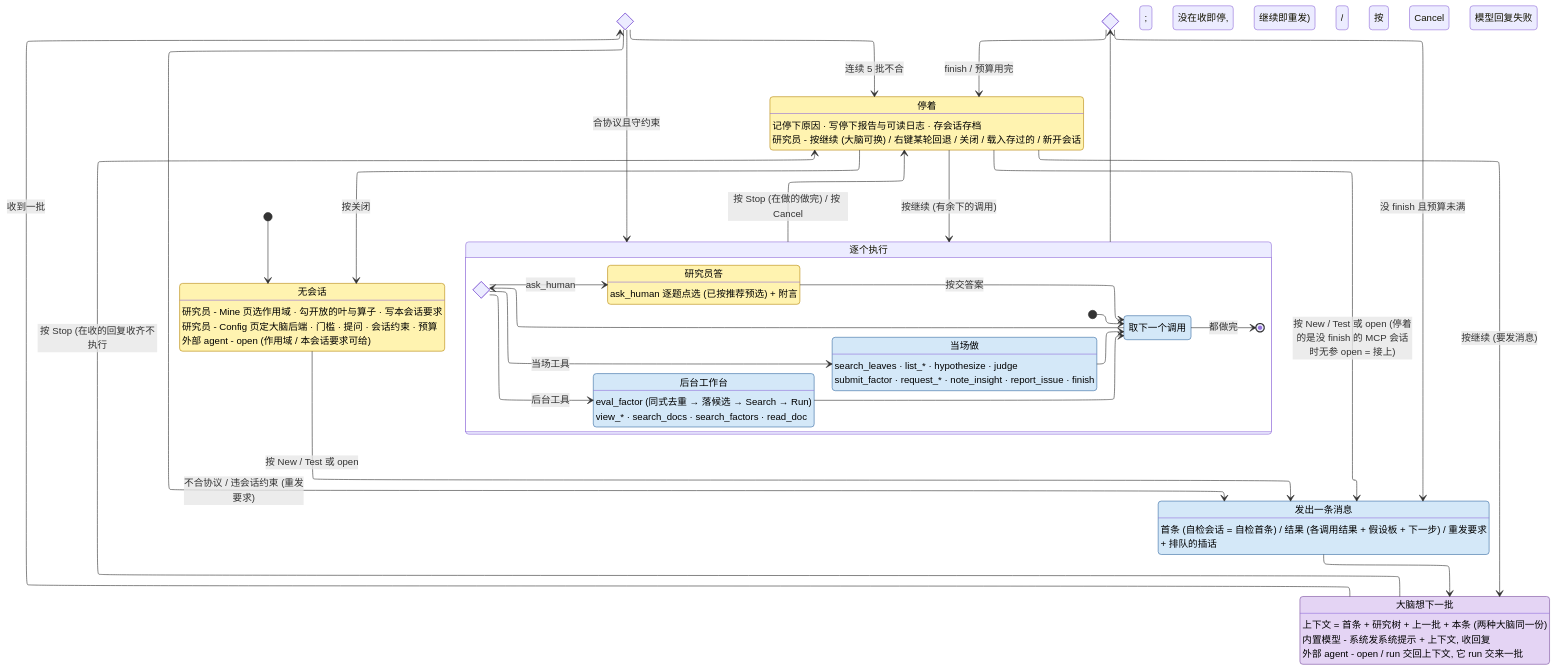
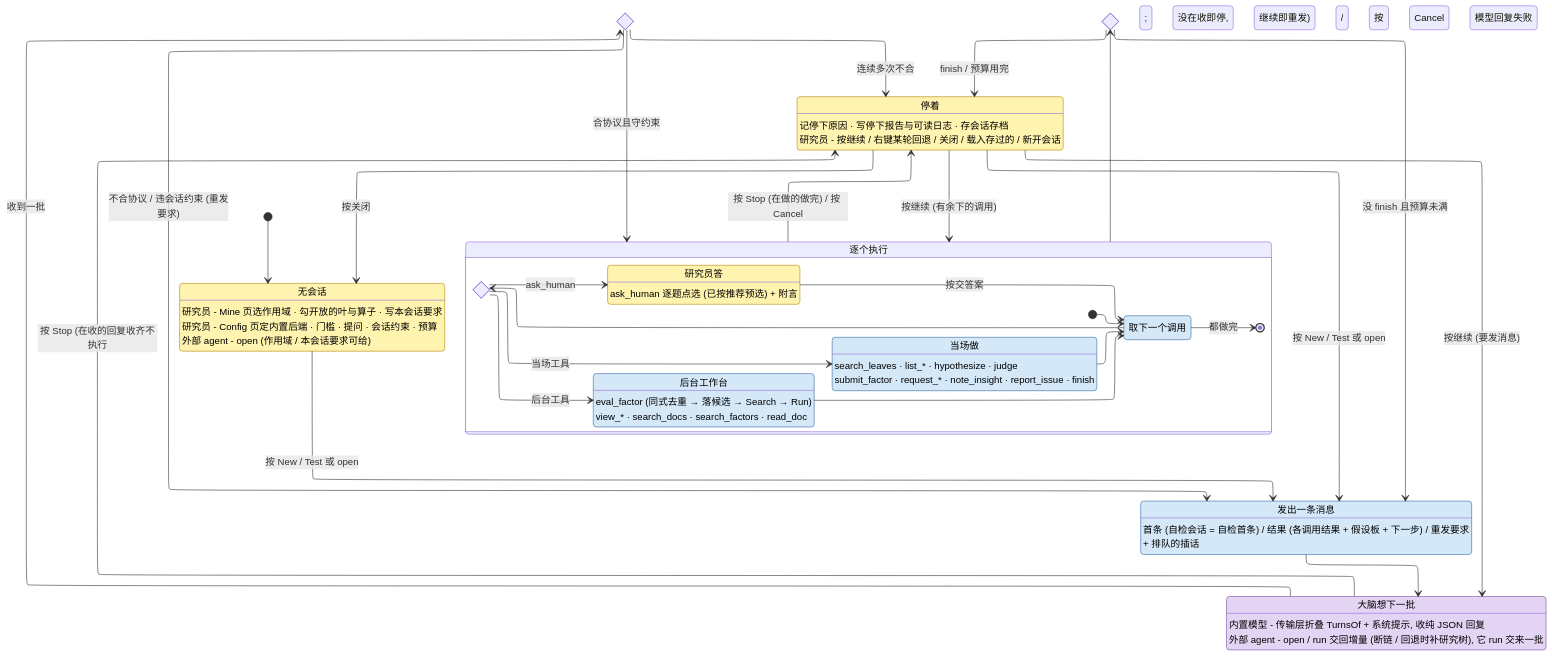
One commit to CoCoMilkyWay/stk changed the diagram in AGENT.md. Above: the diagram before and after it, drawn with Mermaid. The commit also changed other lines of this file and 26 other files, not shown here.

````diff
--- a/AGENT.md
+++ b/AGENT.md
@@ -71,77 +70,76 @@
 ```mermaid
 ---
 config:
   layout: elk
 ---
 stateDiagram-v2
     direction TB
 
     state "无会话" as None
     None : 研究员 - Mine 页选作用域 · 勾开放的叶与算子 · 写本会话要求
-    None : 研究员 - Config 页定大脑后端 · 门槛 · 提问 · 会话约束 · 预算
+    None : 研究员 - Config 页定内置后端 · 门槛 · 提问 · 会话约束 · 预算
     None : 外部 agent - open (作用域 / 本会话要求可给)
 
     state "发出一条消息" as Post
     Post : 首条 (自检会话 = 自检首条) / 结果 (各调用结果 + 假设板 + 下一步) / 重发要求
     Post : + 排队的插话
 
     state "大脑想下一批" as Think
-    Think : 上下文 = 首条 + 研究树 + 上一批 + 本条 (两种大脑同一份)
-    Think : 内置模型 - 系统发系统提示 + 上下文, 收回复
-    Think : 外部 agent - open / run 交回上下文, 它 run 交来一批
+    Think : 内置模型 - 传输层折叠 TurnsOf + 系统提示, 收纯 JSON 回复
+    Think : 外部 agent - open / run 交回增量 (断链 / 回退时补研究树), 它 run 交来一批
 
     state Format <<choice>>
 
     state "逐个执行" as Act {
         direction LR
         state "取下一个调用" as Next
         state Kind <<choice>>
         state "当场做" as Sync
         Sync : search_leaves · list_* · hypothesize · judge
         Sync : submit_factor · request_* · note_insight · report_issue · finish
         state "后台工作台" as Lab
         Lab : eval_factor (同式去重 → 落候选 → Search → Run)
         Lab : view_* · search_docs · search_factors · read_doc
         state "研究员答" as Choose
         Choose : ask_human 逐题点选 (已按推荐预选) + 附言
 
         [*] --> Next
         Next --> Kind
         Kind --> Sync : 当场工具
         Kind --> Lab : 后台工具
         Kind --> Choose : ask_human
         Sync --> Next
         Lab --> Next
         Choose --> Next : 按交答案
         Next --> [*] : 都做完
     }
     state Fin <<choice>>
 
     state "停着" as Pause
     Pause : 记停下原因 · 写停下报告与可读日志 · 存会话存档
-    Pause : 研究员 - 按继续 (大脑可换) / 右键某轮回退 / 关闭 / 载入存过的 / 新开会话
+    Pause : 研究员 - 按继续 / 右键某轮回退 / 关闭 / 载入存过的 / 新开会话
 
     [*] --> None
     None --> Post : 按 New / Test 或 open
     Post --> Think
     Think --> Format : 收到一批
     Format --> Post : 不合协议 / 违会话约束 (重发要求)
     Format --> Act : 合协议且守约束
     Act --> Fin
     Fin --> Post : 没 finish 且预算未满
     Fin --> Pause : finish / 预算用完
-    Format --> Pause : 连续 5 批不合
+    Format --> Pause : 连续多次不合
     Think --> Pause : 按 Stop (在收的回复收齐不执行; 没在收即停, 继续即重发) / 按 Cancel / 模型回复失败
     Act --> Pause : 按 Stop (在做的做完) / 按 Cancel
     Pause --> Think : 按继续 (要发消息)
     Pause --> Act : 按继续 (有余下的调用)
-    Pause --> Post : 按 New / Test 或 open (停着的是没 finish 的 MCP 会话时无参 open = 接上)
+    Pause --> Post : 按 New / Test 或 open
     Pause --> None : 按关闭
 
     classDef human fill:#fff3b0,stroke:#b8860b,color:#000
     classDef brain fill:#e4d4f4,stroke:#7b4fa0,color:#000
     classDef sys fill:#d4e8f8,stroke:#3a6ea5,color:#000
     class None, Choose, Pause human
     class Think brain
     class Post, Next, Sync, Lab sys
 ```
````
